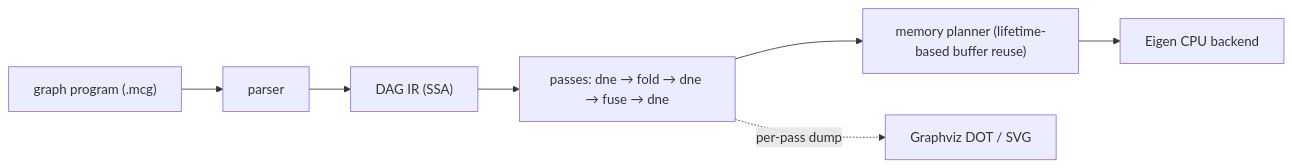
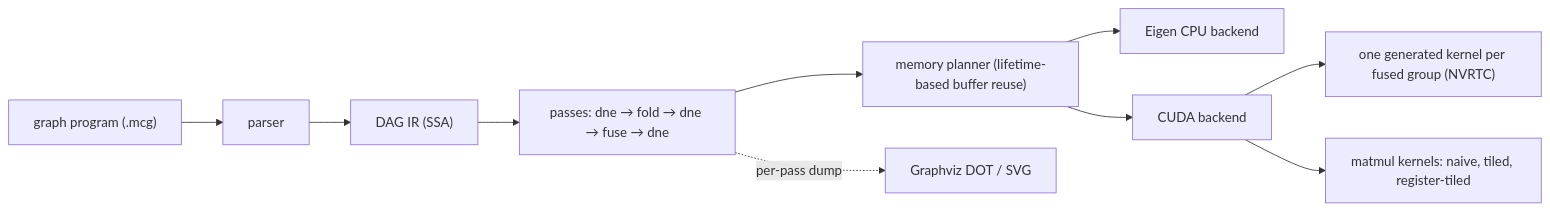
Before and after one commit to kartsen03/minicompiler: the diagram in README.md, drawn with Mermaid. The commit also changed other lines of this file, not shown here.

First line of the commit message:
README: the CUDA backend, its results, Colab, and what comes next

````diff
--- a/README.md
+++ b/README.md
@@ -11,8 +12,11 @@
 ```mermaid
 flowchart LR
     src["graph program (.mcg)"] --> parse["parser"] --> ir["DAG IR (SSA)"]
     ir --> passes["passes: dne → fold → dne → fuse → dne"]
     passes --> plan["memory planner (lifetime-based buffer reuse)"]
     plan --> cpu["Eigen CPU backend"]
+    plan --> cuda["CUDA backend"]
+    cuda --> gen["one generated kernel per fused group (NVRTC)"]
+    cuda --> mm["matmul kernels: naive, tiled, register-tiled"]
     passes -. "per-pass dump" .-> dot["Graphviz DOT / SVG"]
 ```
````
